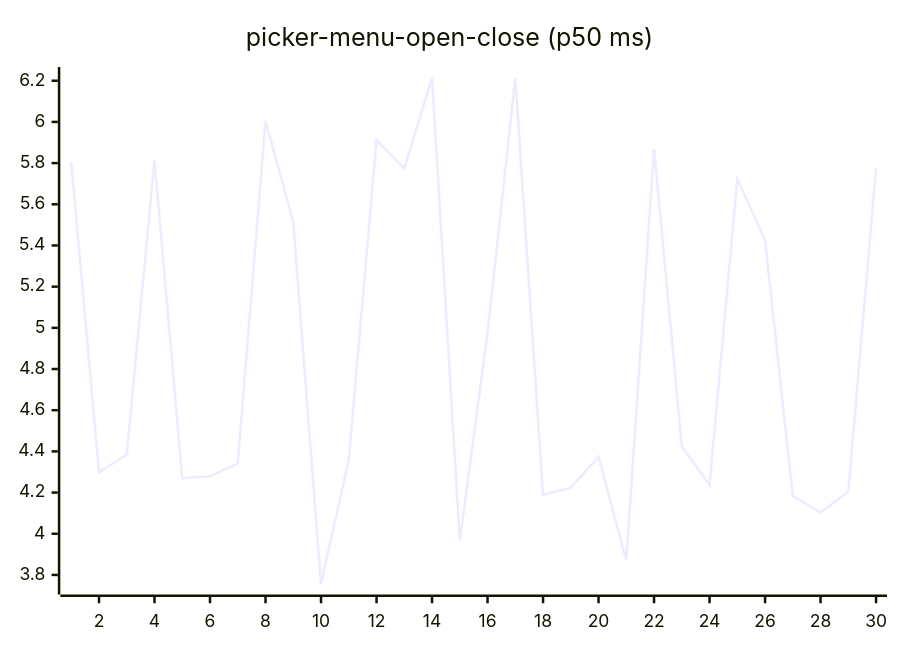
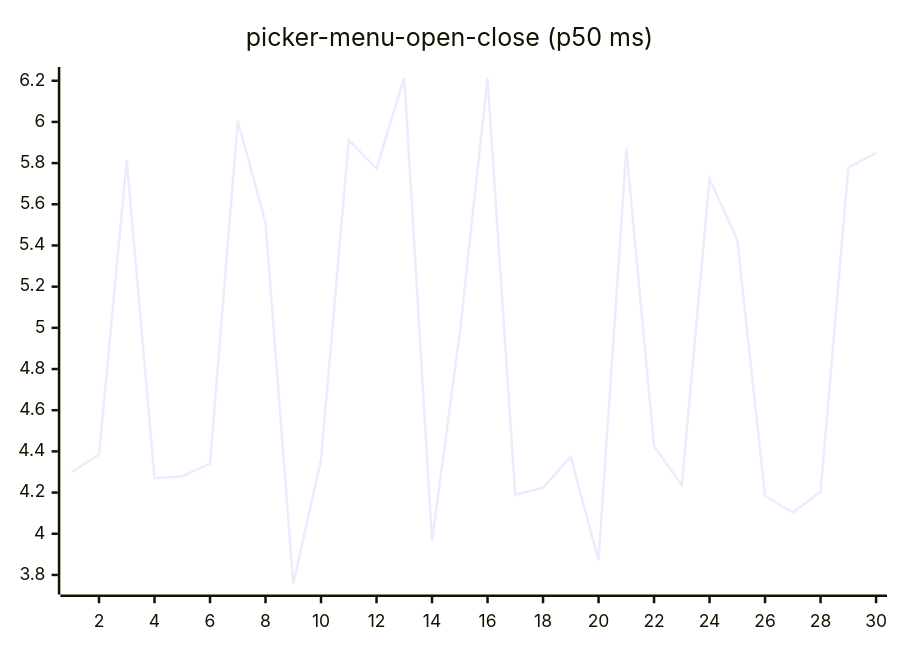
Diagram 16 of 27 in README.md (josha/Facet), drawn with Mermaid before and after one commit. The commit also changed other lines of this file and 2 other files, not shown here.

````diff
--- a/README.md
+++ b/README.md
@@ -168,6 +168,6 @@
 ```mermaid
 xychart-beta
     title "picker-menu-open-close (p50 ms)"
     x-axis 1 --> 30
-    line [5.8037, 4.2981, 4.3851, 5.8139, 4.2694, 4.2792, 4.3416, 6.0052, 5.5122, 3.7566, 4.3593, 5.9114, 5.7740, 6.2151, 3.9652, 4.9760, 6.2132, 4.1891, 4.2236, 4.3733, 3.8708, 5.8694, 4.4248, 4.2362, 5.7230, 5.4264, 4.1828, 4.1028, 4.2034, 5.7775]
+    line [4.2981, 4.3851, 5.8139, 4.2694, 4.2792, 4.3416, 6.0052, 5.5122, 3.7566, 4.3593, 5.9114, 5.7740, 6.2151, 3.9652, 4.9760, 6.2132, 4.1891, 4.2236, 4.3733, 3.8708, 5.8694, 4.4248, 4.2362, 5.7230, 5.4264, 4.1828, 4.1028, 4.2034, 5.7775, 5.8503]
 ```
````
